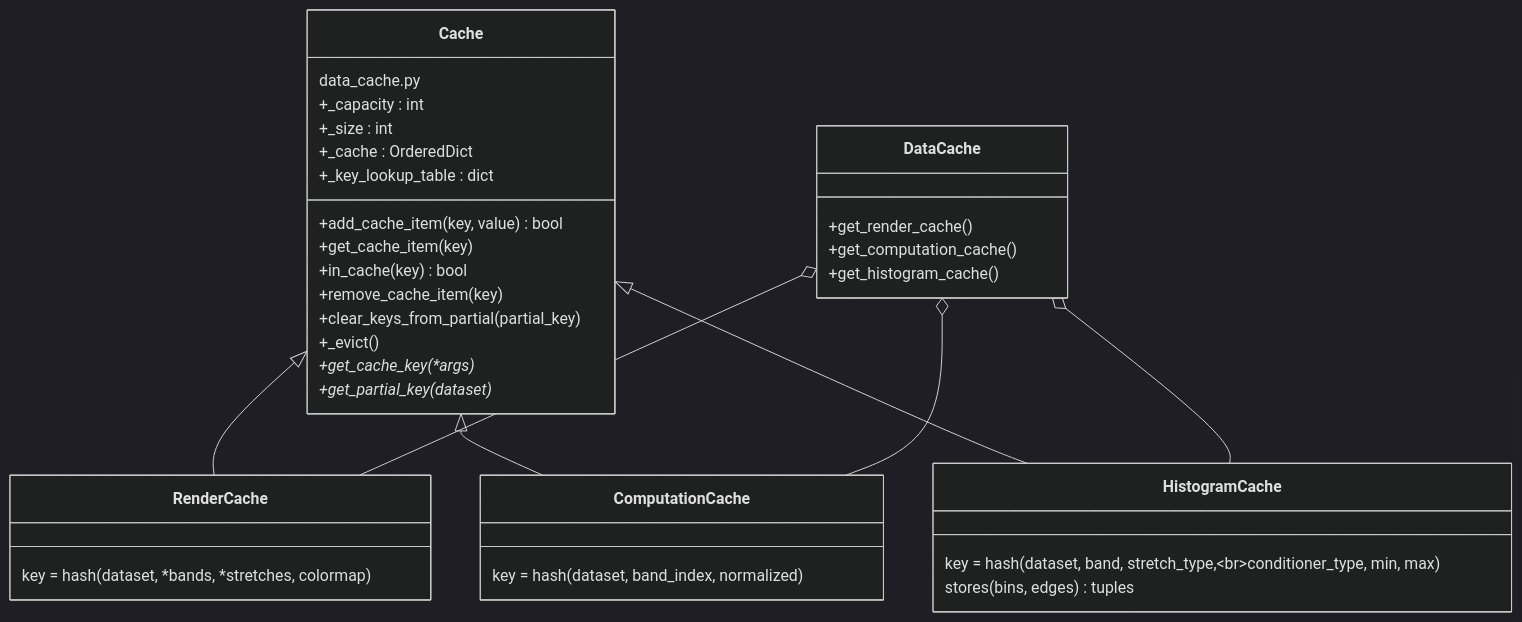
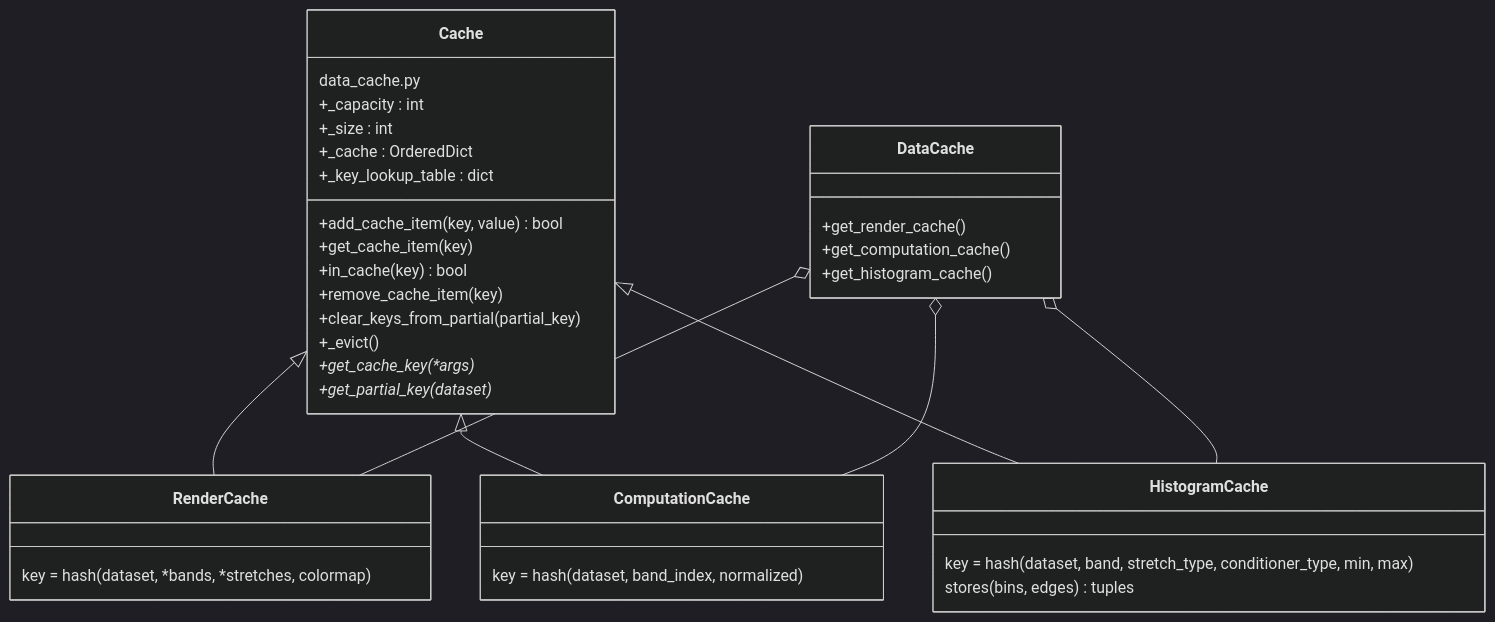
The first of 3 diagrams in doc/sphinx-general-wiser-docs/source/developer-content/data-caching.md (Ehlmann-research-group/WISER), drawn with Mermaid (dark theme) before and after one commit. The commit also changed 3 other files, not shown here.

````diff
--- a/doc/sphinx-general-wiser-docs/source/developer-content/data-caching.md
+++ b/doc/sphinx-general-wiser-docs/source/developer-content/data-caching.md
@@ -28,42 +28,42 @@
 ```{mermaid}
 classDiagram
     direction TB
 
     class Cache {
         data_cache.py
         +_capacity : int
         +_size : int
         +_cache : OrderedDict
         +_key_lookup_table : dict
         +add_cache_item(key, value) bool
         +get_cache_item(key)
         +in_cache(key) bool
         +remove_cache_item(key)
         +clear_keys_from_partial(partial_key)
         +_evict()
         +get_cache_key(*args)*
         +get_partial_key(dataset)*
     }
     class RenderCache {
         key = hash(dataset, *bands, *stretches, colormap)
     }
     class ComputationCache {
         key = hash(dataset, band_index, normalized)
     }
     class HistogramCache {
-        key = hash(dataset, band, stretch_type,<br/>conditioner_type, min, max)
+        key = hash(dataset, band, stretch_type, conditioner_type, min, max)
         stores (bins, edges) tuples
     }
     class DataCache {
         +get_render_cache()
         +get_computation_cache()
         +get_histogram_cache()
     }
 
     Cache <|-- RenderCache
     Cache <|-- ComputationCache
     Cache <|-- HistogramCache
     DataCache o-- RenderCache
     DataCache o-- ComputationCache
     DataCache o-- HistogramCache
 ```
````
